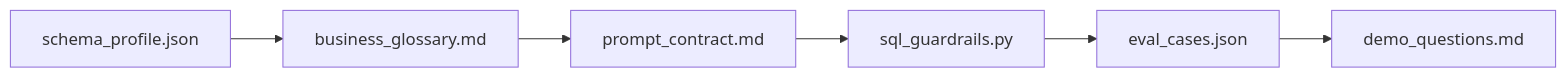
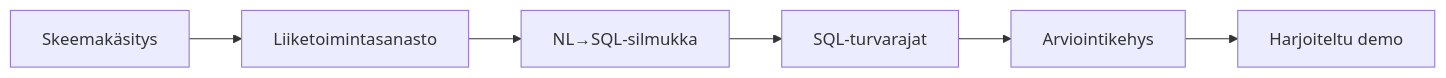
One commit to lkananen/innovaatio-hackaton-2026-kesakuu changed the diagram in site/src/content/docs/text-to-sql/wrap-up.md. Above: the diagram before and after it, drawn with Mermaid. The commit also changed other lines of this file and 59 other files, not shown here.

````diff
--- a/site/src/content/docs/text-to-sql/wrap-up.md
+++ b/site/src/content/docs/text-to-sql/wrap-up.md
@@ -21,8 +21,8 @@
 ```mermaid
 flowchart LR
-  A[schema_profile.json] --> B[business_glossary.md]
-  B --> C[prompt_contract.md]
-  C --> D[sql_guardrails.py]
-  D --> E[eval_cases.json]
-  E --> F[demo_questions.md]
+  A[Skeemakäsitys] --> B[Liiketoimintasanasto]
+  B --> C[NL→SQL-silmukka]
+  C --> D[SQL-turvarajat]
+  D --> E[Arviointikehys]
+  E --> F[Harjoiteltu demo]
 ```
````
